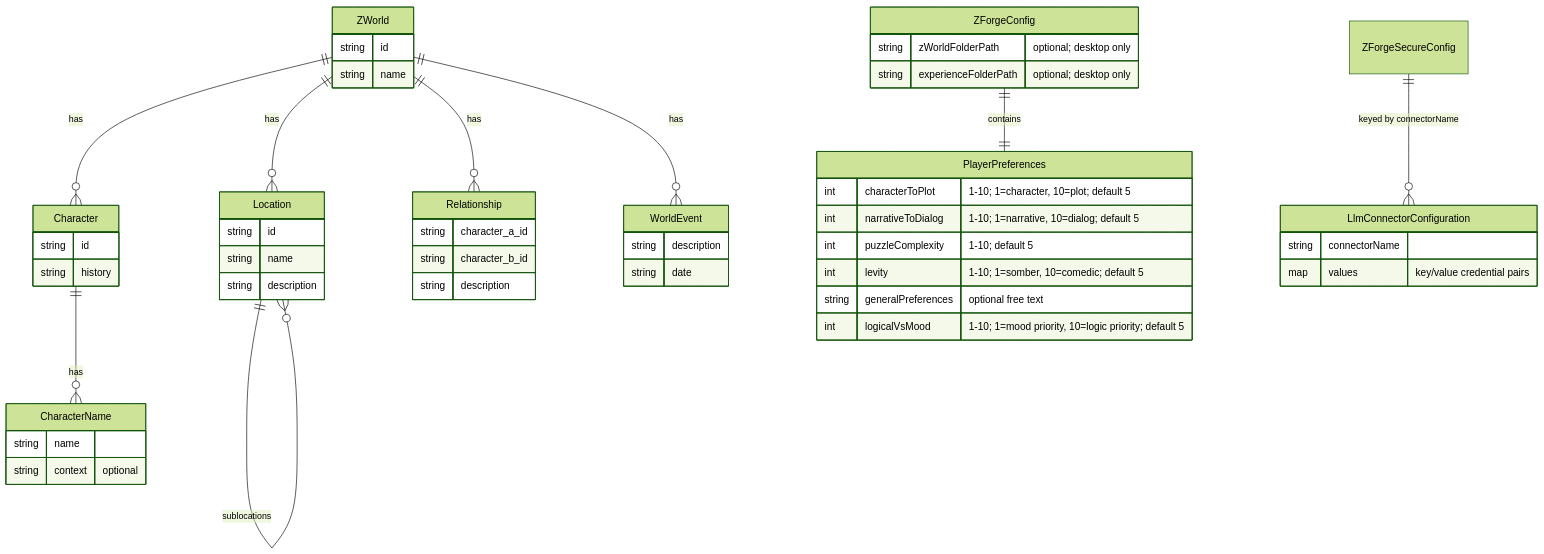
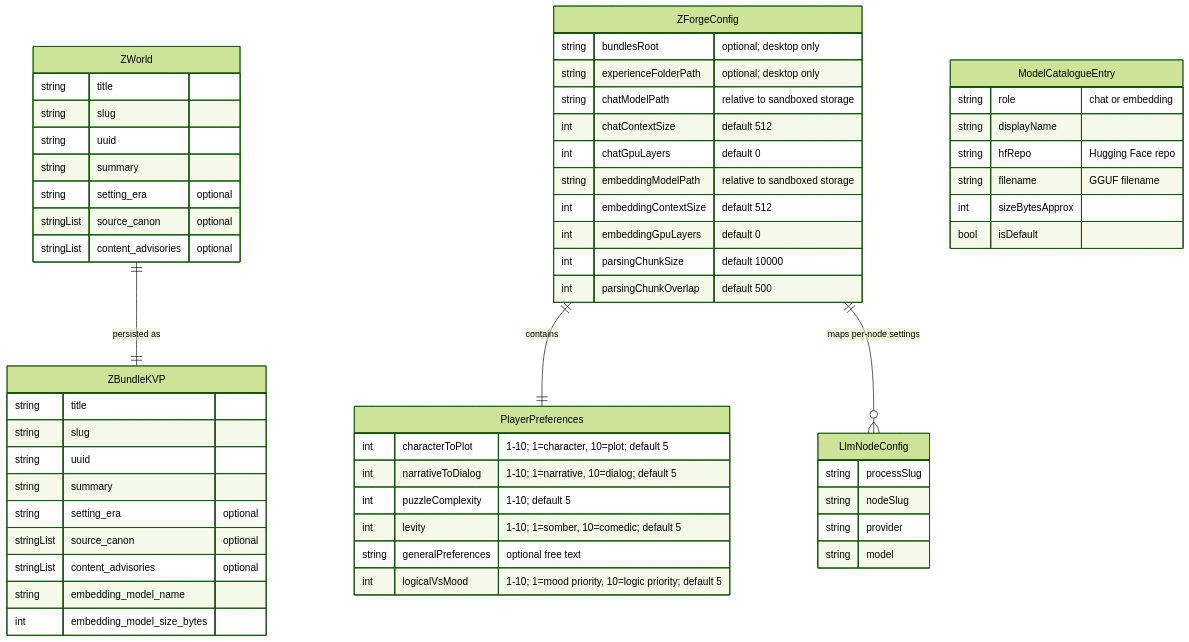
The first of 5 diagrams in docs/ER Diagram.md (peterbaileyct/zforge), drawn with Mermaid (forest theme) before and after one commit. The commit also changed other lines of this file and 234 other files, not shown here.

Commit message:
Switched to python/flet. Moved LLM orchestration from custom to LangGraph. Implemented hybrid vector/graph RAG with LanceDb and Kuzu.

````diff
--- a/docs/ER Diagram.md
+++ b/docs/ER Diagram.md
@@ -5,56 +5,61 @@
 ```mermaid
 erDiagram
     ZWorld {
-        string id
-        string name
+        string title
+        string slug
+        string uuid
+        string summary
+        string setting_era "optional"
+        stringList source_canon "optional"
+        stringList content_advisories "optional"
     }
-    Location {
-        string id
-        string name
-        string description
-    }
-    Character {
-        string id
-        string history
-    }
-    CharacterName {
-        string name
-        string context "optional"
-    }
-    Relationship {
-        string character_a_id
-        string character_b_id
-        string description
-    }
-    WorldEvent {
-        string description
-        string date
+    ZBundleKVP {
+        string title
+        string slug
+        string uuid
+        string summary
+        string setting_era "optional"
+        stringList source_canon "optional"
+        stringList content_advisories "optional"
+        string embedding_model_name
+        int embedding_model_size_bytes
     }
     ZForgeConfig {
-        string zWorldFolderPath "optional; desktop only"
+        string bundlesRoot "optional; desktop only"
         string experienceFolderPath "optional; desktop only"
+        string chatModelPath "relative to sandboxed storage"
+        int chatContextSize "default 512"
+        int chatGpuLayers "default 0"
+        string embeddingModelPath "relative to sandboxed storage"
+        int embeddingContextSize "default 512"
+        int embeddingGpuLayers "default 0"
+        int parsingChunkSize "default 10000"
+        int parsingChunkOverlap "default 500"
     }
     PlayerPreferences {
         int    characterToPlot      "1-10; 1=character, 10=plot; default 5"
         int    narrativeToDialog    "1-10; 1=narrative, 10=dialog; default 5"
         int    puzzleComplexity     "1-10; default 5"
         int    levity               "1-10; 1=somber, 10=comedic; default 5"
         string generalPreferences   "optional free text"
         int    logicalVsMood        "1-10; 1=mood priority, 10=logic priority; default 5"
     }
-    ZForgeSecureConfig {
+    ModelCatalogueEntry {
+        string role "chat or embedding"
+        string displayName
+        string hfRepo "Hugging Face repo"
+        string filename "GGUF filename"
+        int sizeBytesApprox
+        bool isDefault
     }
-    LlmConnectorConfiguration {
-        string connectorName
-        map    values         "key/value credential pairs"
+    LlmNodeConfig {
+        string processSlug
+        string nodeSlug
+        string provider
+        string model
     }
 
-    ZWorld       ||--o{ Location                : "has"
-    ZWorld       ||--o{ Character               : "has"
-    ZWorld       ||--o{ Relationship            : "has"
-    ZWorld       ||--o{ WorldEvent              : "has"
-    Location     ||--o{ Location                : "sublocations"
-    Character    ||--o{ CharacterName           : "has"
     ZForgeConfig ||--|| PlayerPreferences       : "contains"
-    ZForgeSecureConfig ||--o{ LlmConnectorConfiguration : "keyed by connectorName"
+    ZForgeConfig ||--o{ LlmNodeConfig           : "maps per-node settings"
+    ZWorld       ||--|| ZBundleKVP              : "persisted as"
 ```
````
